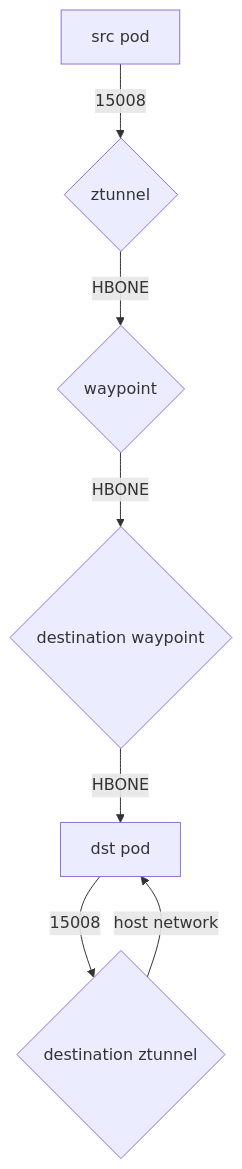
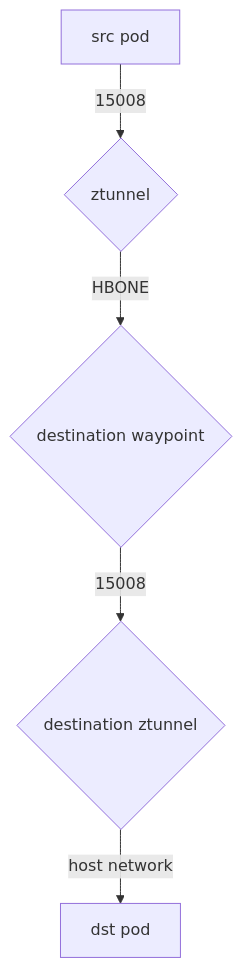
Before and after one commit to istio/istio: the second of 2 diagrams in architecture/ambient/peer-authentication.md, drawn with Mermaid. The commit also changed other lines of this file, not shown here.

Commit message:
Address PR comments

````diff
--- a/architecture/ambient/peer-authentication.md
+++ b/architecture/ambient/peer-authentication.md
@@ -62,9 +62,7 @@
 ```mermaid
 graph TD;
 src[src pod]-->|15008|ztunnel{ztunnel}
-ztunnel-->|HBONE|wp{"waypoint (all policy applied here)"}
-wp{waypoint}-->|HBONE|dwp{destination waypoint}
-dwp-->|HBONE|dst[dst pod]
-dst-->|15008|dztunnel{destination ztunnel}
+ztunnel-->|HBONE|dwp{"destination waypoint (all policy applied here)"}
+dwp{destination waypoint}-->|15008|dztunnel{destination ztunnel}
 dztunnel-->|host network|dst[dst pod]
 ```
````
